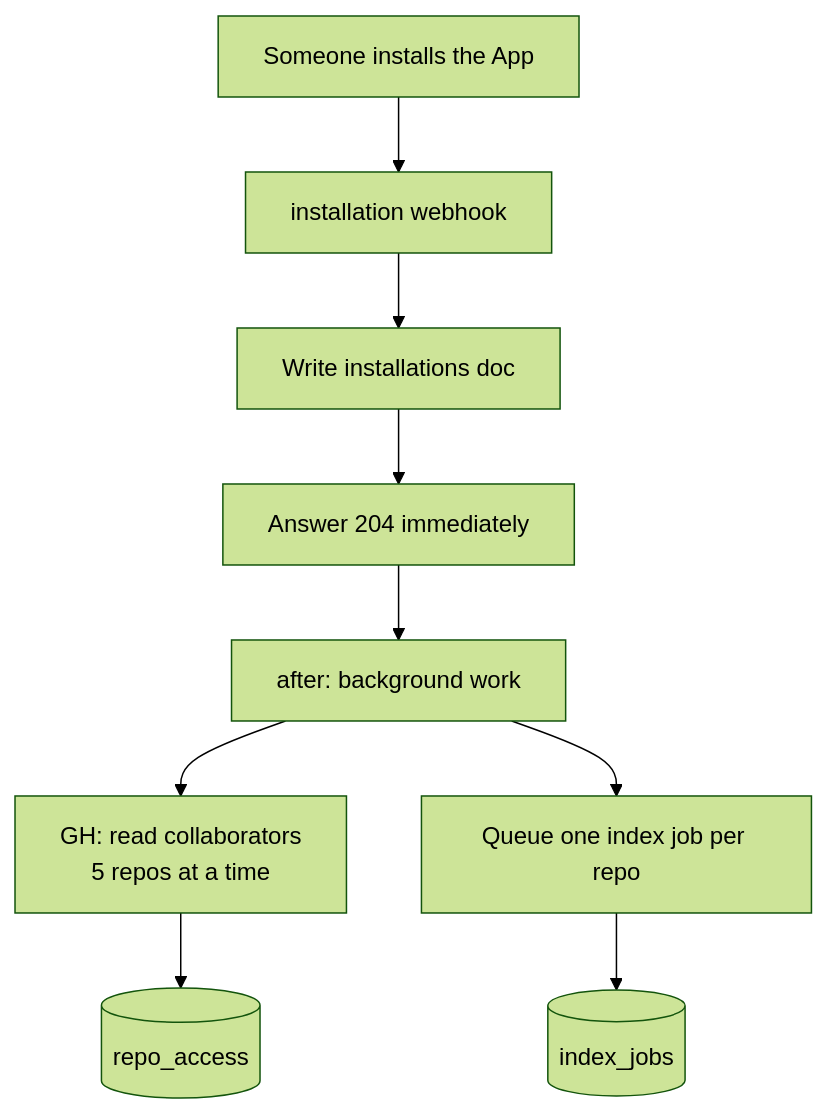
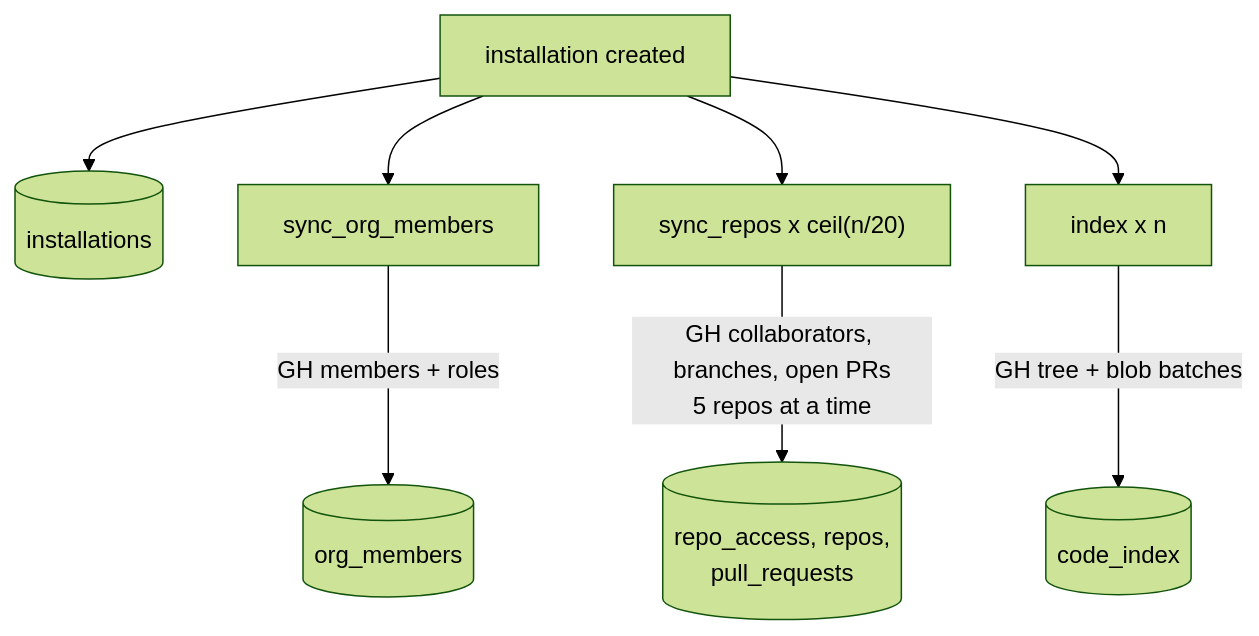
The third of 9 diagrams in RUNTIME.md (saadiqayyum/Pushguard), drawn with Mermaid (forest theme) before and after one commit. The commit also changed other lines of this file and 685 other files, not shown here.

````diff
--- a/RUNTIME.md
+++ b/RUNTIME.md
@@ -8,11 +76,10 @@
 ```mermaid
 flowchart TD
-  A[Someone installs the App] --> B[installation webhook]
-  B --> C[Write installations doc]
-  C --> D[Answer 204 immediately]
-  D --> E["after: background work"]
-  E --> F["GH: read collaborators<br/>5 repos at a time"]
-  E --> G[Queue one index job per repo]
-  F --> H[(repo_access)]
-  G --> I[(index_jobs)]
+  A[installation created] --> B[(installations)]
+  A --> C[sync_org_members]
+  A --> D["sync_repos x ceil(n/20)"]
+  A --> E[index x n]
+  C -->|GH members + roles| M[(org_members)]
+  D -->|"GH collaborators, branches, open PRs<br/>5 repos at a time"| P[("repo_access, repos,<br/>pull_requests")]
+  E -->|"GH tree + blob batches"| I[(code_index)]
 ```
````
